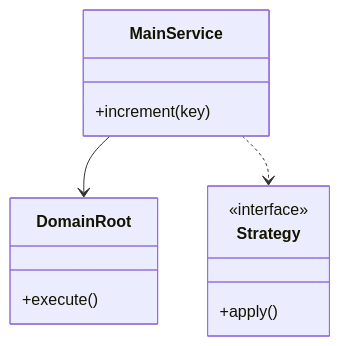
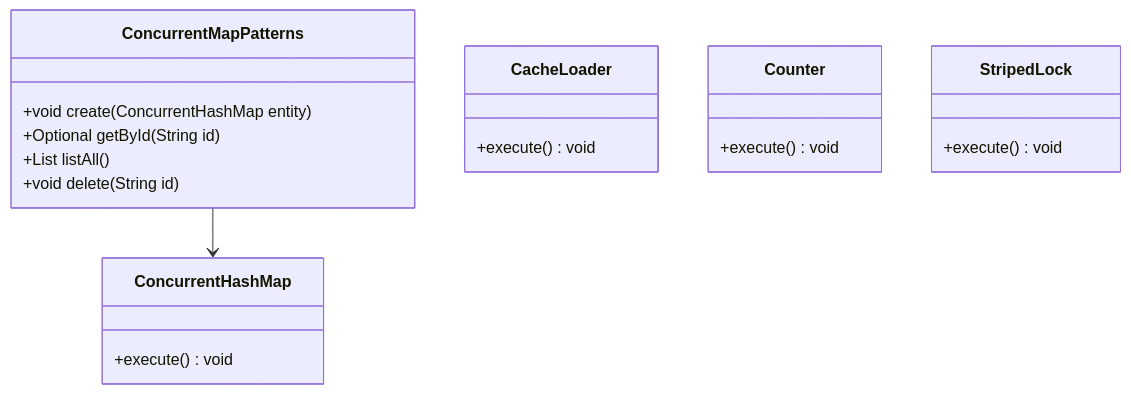
The first of 3 diagrams in Learn/System Design - Low Level Design/04-concurrency-lld/questions/Q15-concurrent-hashmap-patterns.md (madhupaila/Interview-Prep-SSE), drawn with Mermaid before and after one commit. The commit also changed other lines of this file and 491 other files, not shown here.

````diff
--- a/Learn/System Design - Low Level Design/04-concurrency-lld/questions/Q15-concurrent-hashmap-patterns.md
+++ b/Learn/System Design - Low Level Design/04-concurrency-lld/questions/Q15-concurrent-hashmap-patterns.md
@@ -72,15 +92,22 @@
 ```mermaid
 classDiagram
-    class MainService {
-        +increment(key)
+    class ConcurrentMapPatterns {
+        +void create(ConcurrentHashMap entity)
+        +Optional<ConcurrentHashMap> getById(String id)
+        +List<ConcurrentHashMap> listAll()
+        +void delete(String id)
     }
-    class DomainRoot {
-        +execute()
+    class ConcurrentHashMap {
+        +execute() void
     }
-    class Strategy {
-        <<interface>>
-        +apply()
+    class CacheLoader {
+        +execute() void
     }
-    MainService --> DomainRoot
-    MainService ..> Strategy
+    class Counter {
+        +execute() void
+    }
+    class StripedLock {
+        +execute() void
+    }
+    ConcurrentMapPatterns --> ConcurrentHashMap
 ```
````
